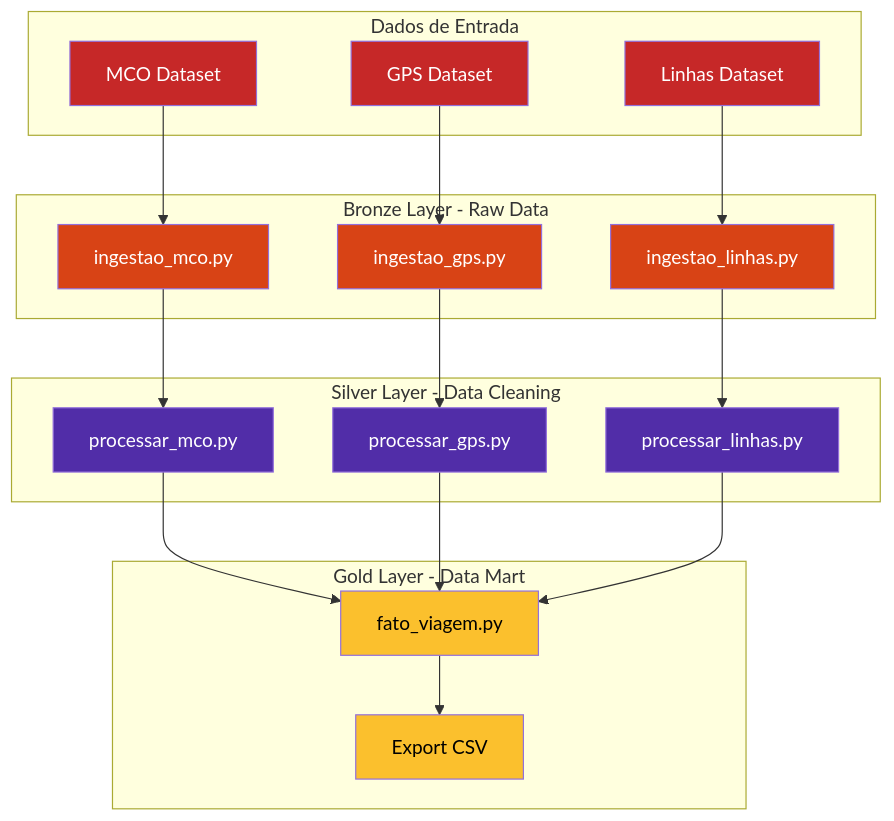
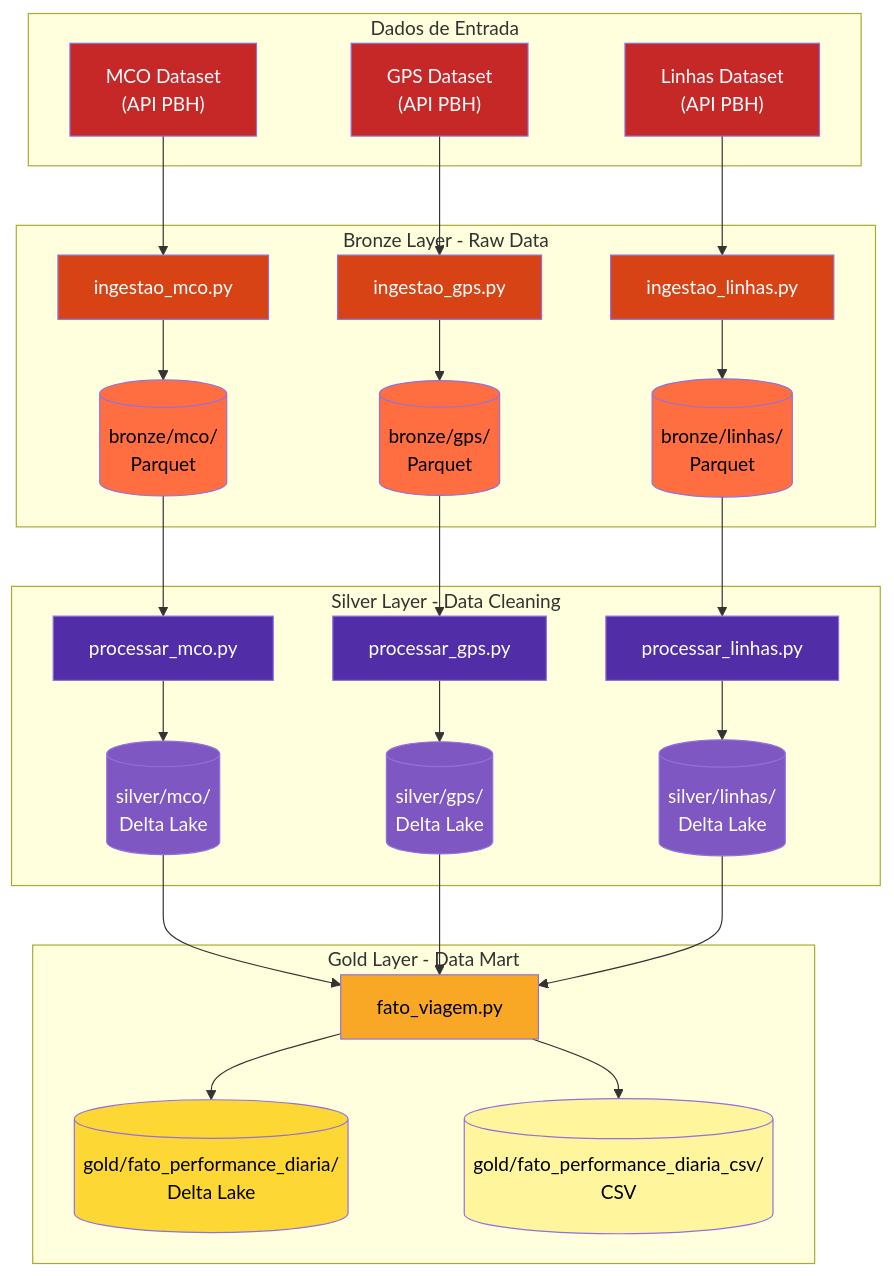
Before and after one commit to ZariTen/projeto-dados-pl: the second of 2 diagrams in README.md, drawn with Mermaid. The commit also changed other lines of this file, not shown here.

Commit message:
Atualizar diagramas da arquitetura e fluxo ETL

````diff
--- a/README.md
+++ b/README.md
@@ -50,51 +143,80 @@
 ```mermaid
 graph TD
     subgraph "Dados de Entrada"
-        MCO["MCO Dataset"]
-        GPS["GPS Dataset"]
-        LINHAS["Linhas Dataset"]
+        MCO["MCO Dataset<br/>(API PBH)"]
+        GPS["GPS Dataset<br/>(API PBH)"]
+        LINHAS["Linhas Dataset<br/>(API PBH)"]
     end
     
     subgraph "Bronze Layer - Raw Data"
         BMCO["ingestao_mco.py"]
         BGPS["ingestao_gps.py"]
         BLINHAS["ingestao_linhas.py"]
+        
+        TB_BMCO[("bronze/mco/<br/>Parquet")]
+        TB_BGPS[("bronze/gps/<br/>Parquet")]
+        TB_BLINHAS[("bronze/linhas/<br/>Parquet")]
     end
     
     subgraph "Silver Layer - Data Cleaning"
         SMCO["processar_mco.py"]
         SGPS["processar_gps.py"]
         SLINHAS["processar_linhas.py"]
+        
+        TB_SMCO[("silver/mco/<br/>Delta Lake")]
+        TB_SGPS[("silver/gps/<br/>Delta Lake")]
+        TB_SLINHAS[("silver/linhas/<br/>Delta Lake")]
     end
     
     subgraph "Gold Layer - Data Mart"
         FATO["fato_viagem.py"]
-        CSV["Export CSV"]
+        
+        TB_FATO[("gold/fato_performance_diaria/<br/>Delta Lake")]
+        TB_CSV[("gold/fato_performance_diaria_csv/<br/>CSV")]
     end
     
     MCO --> BMCO
     GPS --> BGPS
     LINHAS --> BLINHAS
     
-    BMCO --> SMCO
-    BGPS --> SGPS
-    BLINHAS --> SLINHAS
+    BMCO --> TB_BMCO
+    BGPS --> TB_BGPS
+    BLINHAS --> TB_BLINHAS
     
-    SMCO --> FATO
-    SGPS --> FATO
-    SLINHAS --> FATO
+    TB_BMCO --> SMCO
+    TB_BGPS --> SGPS
+    TB_BLINHAS --> SLINHAS
     
-    FATO --> CSV
+    SMCO --> TB_SMCO
+    SGPS --> TB_SGPS
+    SLINHAS --> TB_SLINHAS
+    
+    TB_SMCO --> FATO
+    TB_SGPS --> FATO
+    TB_SLINHAS --> FATO
+    
+    FATO --> TB_FATO
+    FATO --> TB_CSV
     
     style MCO fill:#c62828,color:#fff
     style GPS fill:#c62828,color:#fff
     style LINHAS fill:#c62828,color:#fff
+    
     style BMCO fill:#d84315,color:#fff
     style BGPS fill:#d84315,color:#fff
     style BLINHAS fill:#d84315,color:#fff
+    style TB_BMCO fill:#ff6e40,color:#000
+    style TB_BGPS fill:#ff6e40,color:#000
+    style TB_BLINHAS fill:#ff6e40,color:#000
+    
     style SMCO fill:#512da8,color:#fff
     style SGPS fill:#512da8,color:#fff
     style SLINHAS fill:#512da8,color:#fff
-    style FATO fill:#fbc02d,color:#000
-    style CSV fill:#fbc02d,color:#000
+    style TB_SMCO fill:#7e57c2,color:#fff
+    style TB_SGPS fill:#7e57c2,color:#fff
+    style TB_SLINHAS fill:#7e57c2,color:#fff
+    
+    style FATO fill:#f9a825,color:#000
+    style TB_FATO fill:#fdd835,color:#000
+    style TB_CSV fill:#fff59d,color:#000
 ```
````
